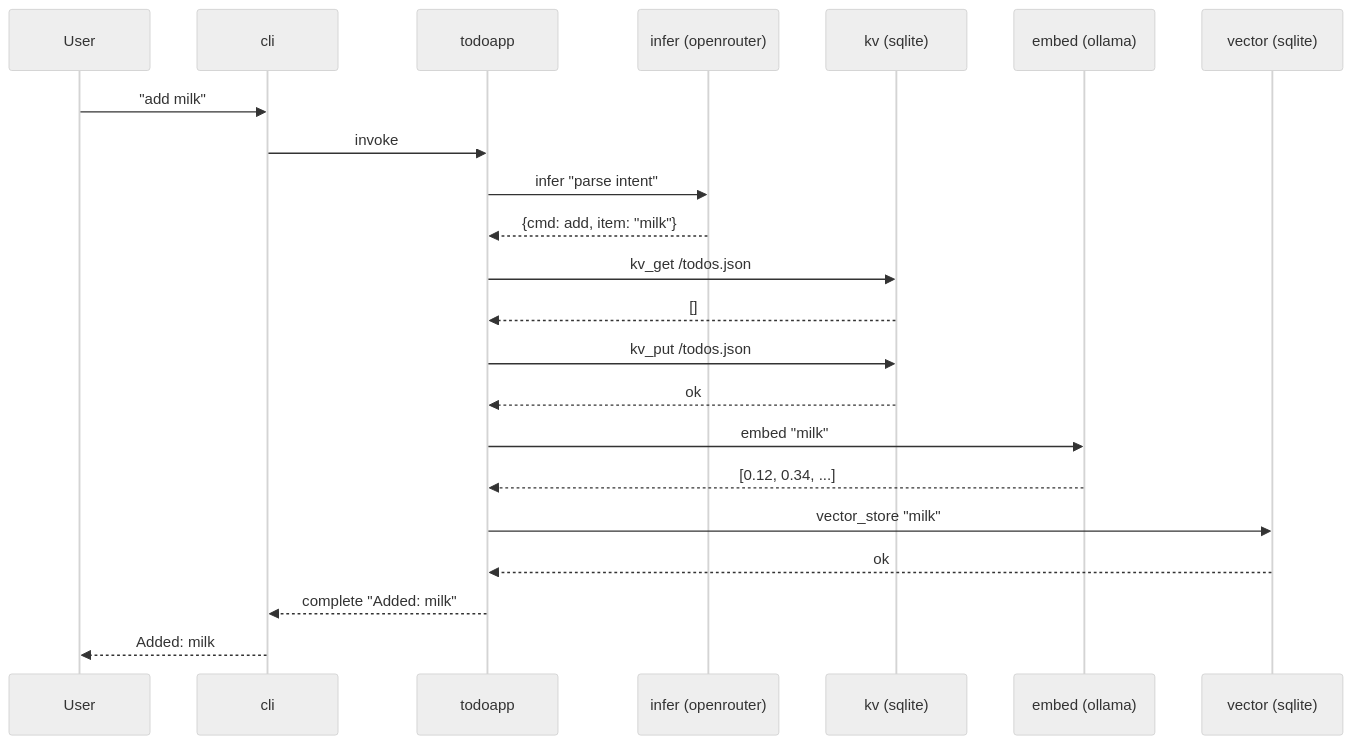
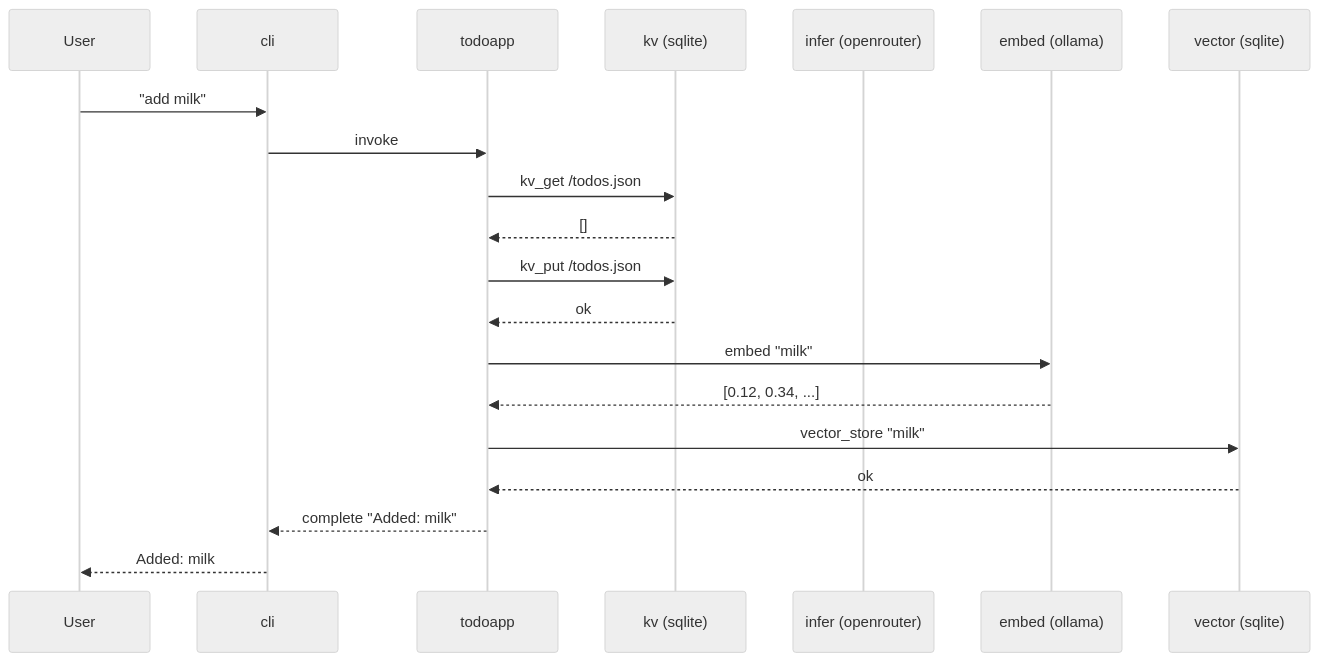
The diagram in docs/time-travel-demo.md (nitesh-77/vlindercli), drawn with Mermaid (neutral theme) before and after one commit. The commit also changed other lines of this file and 7 other files, not shown here.

````diff
--- a/docs/time-travel-demo.md
+++ b/docs/time-travel-demo.md
@@ -43,25 +44,23 @@
 ```mermaid
 sequenceDiagram
     participant User
     participant CLI as cli
     participant Agent as todoapp
+    participant KV as kv (sqlite)
     participant Infer as infer (openrouter)
-    participant KV as kv (sqlite)
     participant Embed as embed (ollama)
     participant Vec as vector (sqlite)
 
     User->>CLI: "add milk"
     CLI->>Agent: invoke
-    Agent->>Infer: infer "parse intent"
-    Infer-->>Agent: {cmd: add, item: "milk"}
     Agent->>KV: kv_get /todos.json
     KV-->>Agent: []
     Agent->>KV: kv_put /todos.json
     KV-->>Agent: ok
     Agent->>Embed: embed "milk"
     Embed-->>Agent: [0.12, 0.34, ...]
     Agent->>Vec: vector_store "milk"
     Vec-->>Agent: ok
     Agent-->>CLI: complete "Added: milk"
     CLI-->>User: Added: milk
 ```
````
